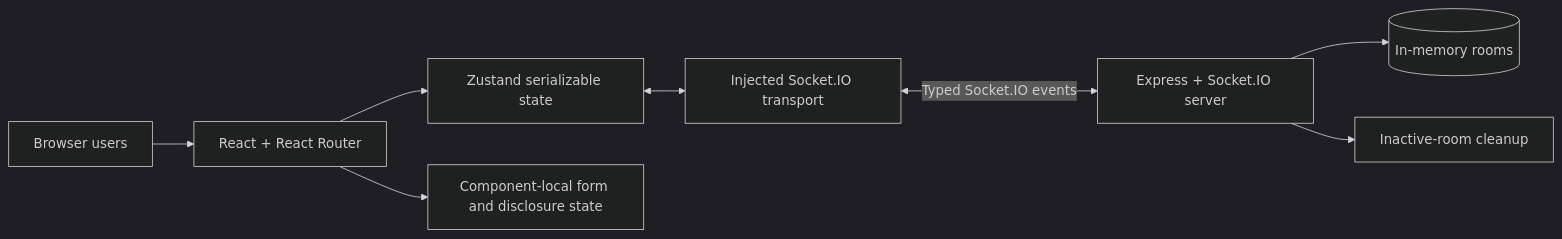
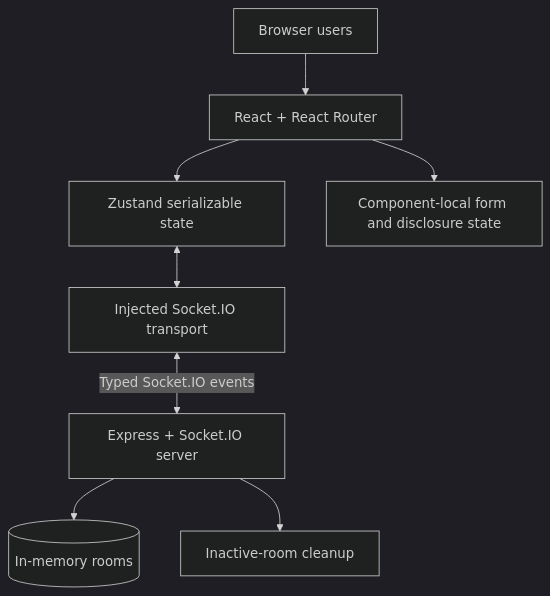
The diagram in README.md (kereszteszsolt/planning-poker), drawn with Mermaid (dark theme) before and after one commit.

Commit message:
fix: update architecture diagram flow direction in README

````diff
--- a/README.md
+++ b/README.md
@@ -42,10 +42,10 @@
 ```mermaid
-flowchart LR
+flowchart TD
     USER[Browser users] --> WEB[React + React Router]
     WEB --> STORE[Zustand serializable state]
     WEB --> LOCAL[Component-local form and disclosure state]
     STORE <--> TRANSPORT[Injected Socket.IO transport]
     TRANSPORT <-->|Typed Socket.IO events| SERVER[Express + Socket.IO server]
     SERVER --> ROOMS[(In-memory rooms)]
     SERVER --> TIMER[Inactive-room cleanup]
 ```
````
